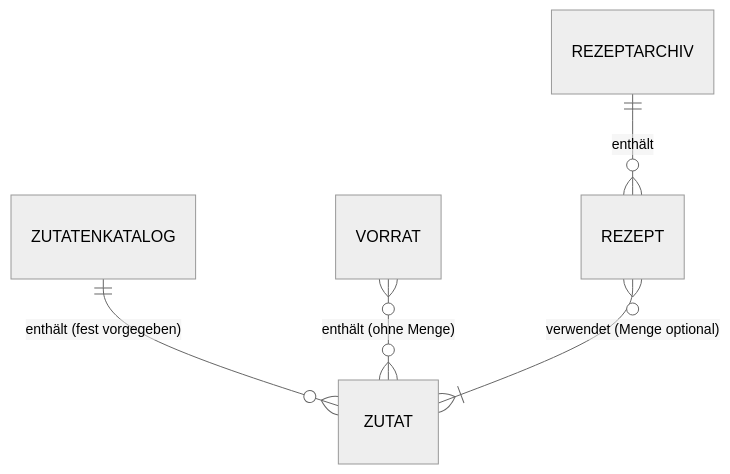
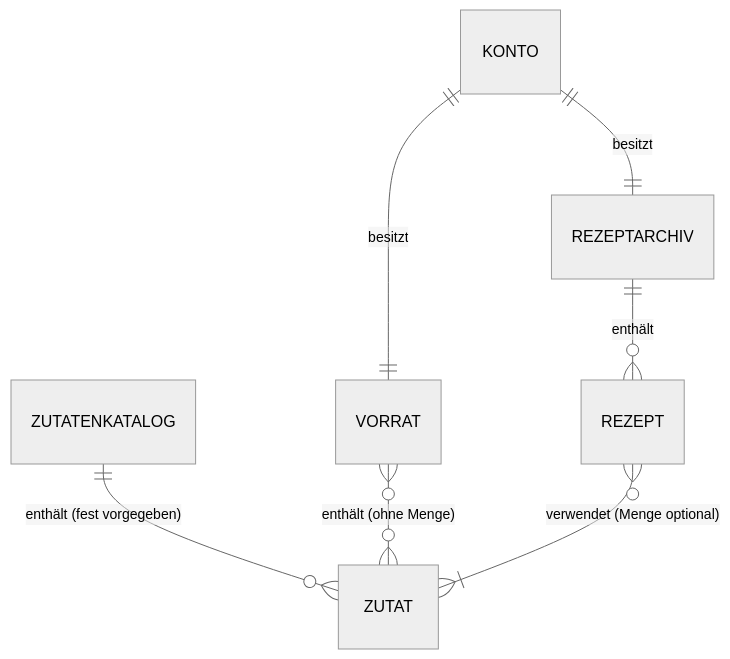
Before and after one commit to NeloBorcram/Jausi: the second of 2 diagrams in docs/requirements.md, drawn with Mermaid (neutral theme). The commit also changed other lines of this file and 8 other files, not shown here.

````diff
--- a/docs/requirements.md
+++ b/docs/requirements.md
@@ -56,7 +64,9 @@
 ```mermaid
 erDiagram
     ZUTATENKATALOG ||--o{ ZUTAT : "enthält (fest vorgegeben)"
     VORRAT }o--o{ ZUTAT : "enthält (ohne Menge)"
     REZEPTARCHIV ||--o{ REZEPT : "enthält"
     REZEPT }o--|{ ZUTAT : "verwendet (Menge optional)"
+    KONTO ||--|| VORRAT : "besitzt"
+    KONTO ||--|| REZEPTARCHIV : "besitzt"
 ```
````
